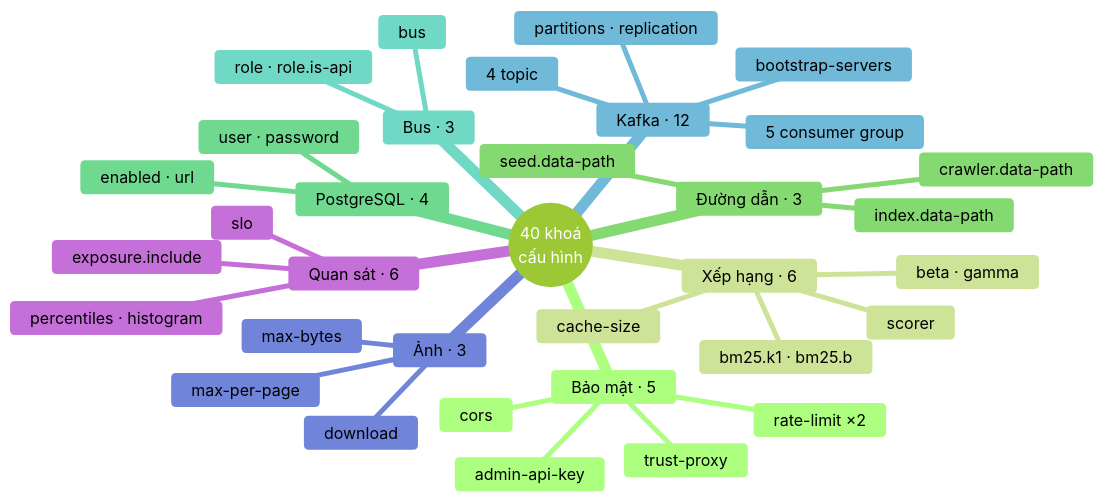
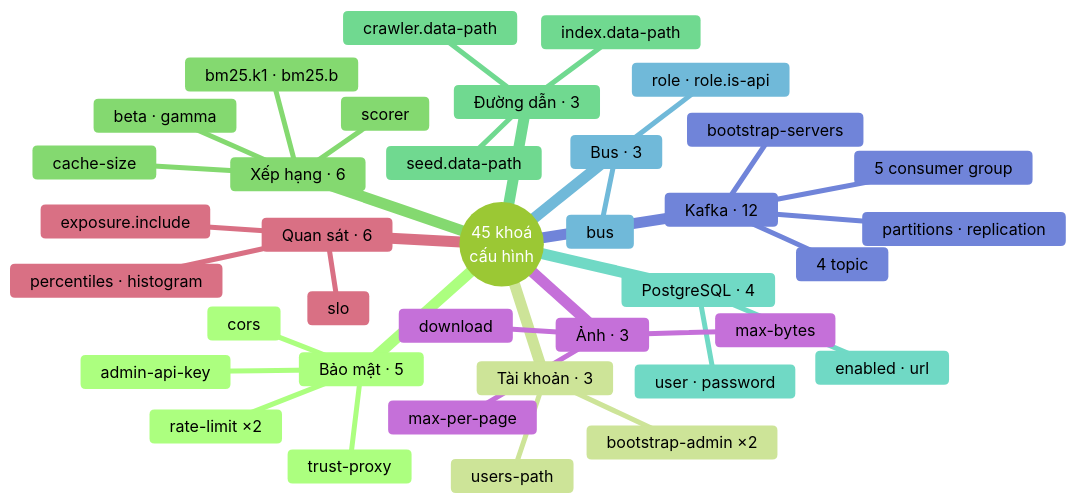
One commit to KietAnhCS/CocCoc-Plus changed the diagram in docs/CONFIGURATION.md. Above: the diagram before and after it, drawn with Mermaid (forest theme). The commit also changed other lines of this file and 10 other files, not shown here.

````diff
--- a/docs/CONFIGURATION.md
+++ b/docs/CONFIGURATION.md
@@ -59,37 +59,40 @@
 ```mermaid
 mindmap
-  root((40 khoá<br/>cấu hình))
+  root((45 khoá<br/>cấu hình))
     Bảo mật · 5
       admin-api-key
       rate-limit ×2
       trust-proxy
       cors
+    Tài khoản · 3
+      users-path
+      bootstrap-admin ×2
     Xếp hạng · 6
       scorer
       bm25.k1 · bm25.b
       beta · gamma
       cache-size
     Đường dẫn · 3
       index.data-path
       crawler.data-path
       seed.data-path
     PostgreSQL · 4
       enabled · url
       user · password
     Bus · 3
       bus
       role · role.is-api
     Kafka · 12
       bootstrap-servers
       4 topic
       5 consumer group
       partitions · replication
     Ảnh · 3
       download
       max-per-page
       max-bytes
     Quan sát · 6
       exposure.include
       percentiles · histogram
       slo
 ```
````
